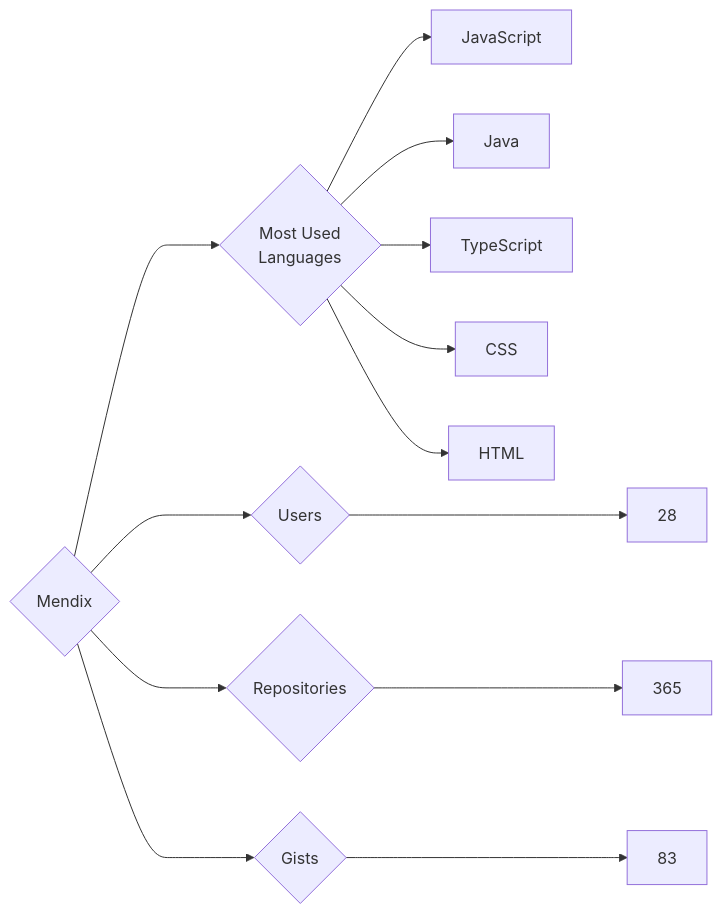
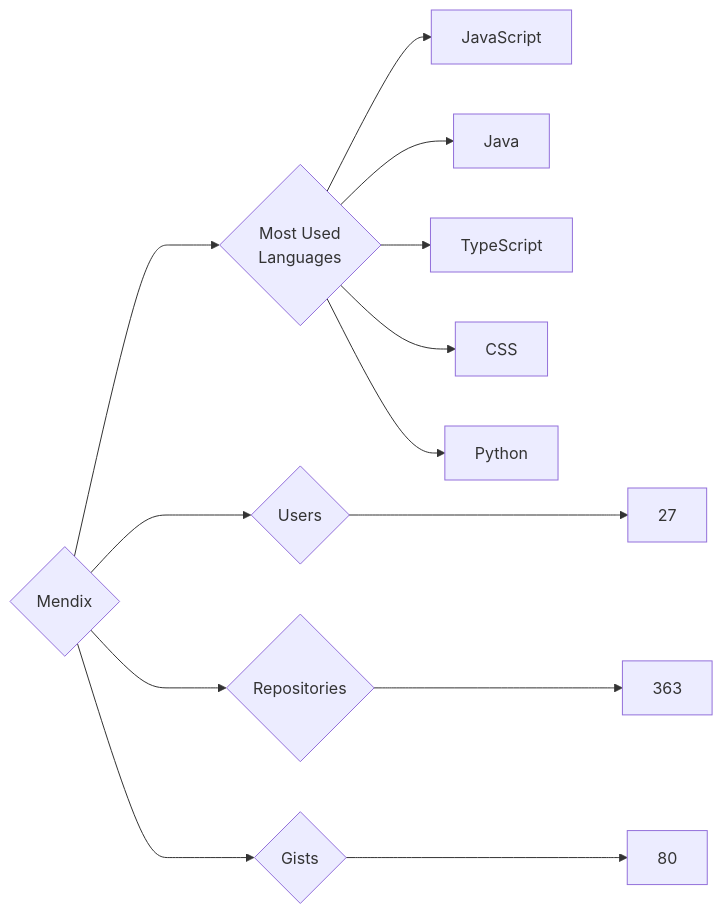
One commit to trickest/insiders changed the diagram in targets/Mendix/README.md. Above: the diagram before and after it, drawn with Mermaid. The commit also changed 1484 other files, not shown here.

````diff
--- a/targets/Mendix/README.md
+++ b/targets/Mendix/README.md
@@ -3,13 +3,13 @@
 ```mermaid
 graph LR
 COMPANY_NAME{Mendix}
-COMPANY_NAME ---> U{Users} ---> UN[28]
-COMPANY_NAME ---> R{Repositories} ---> RN[365]
-COMPANY_NAME ---> G{Gists} ---> GN[83]
+COMPANY_NAME ---> U{Users} ---> UN[27]
+COMPANY_NAME ---> R{Repositories} ---> RN[363]
+COMPANY_NAME ---> G{Gists} ---> GN[80]
 COMPANY_NAME ---> ML{Most Used<br>Languages}
 ML --> JavaScript[JavaScript]
 ML --> Java[Java]
 ML --> TypeScript[TypeScript]
 ML --> CSS[CSS]
-ML --> HTML[HTML]
+ML --> Python[Python]
 ```
````
